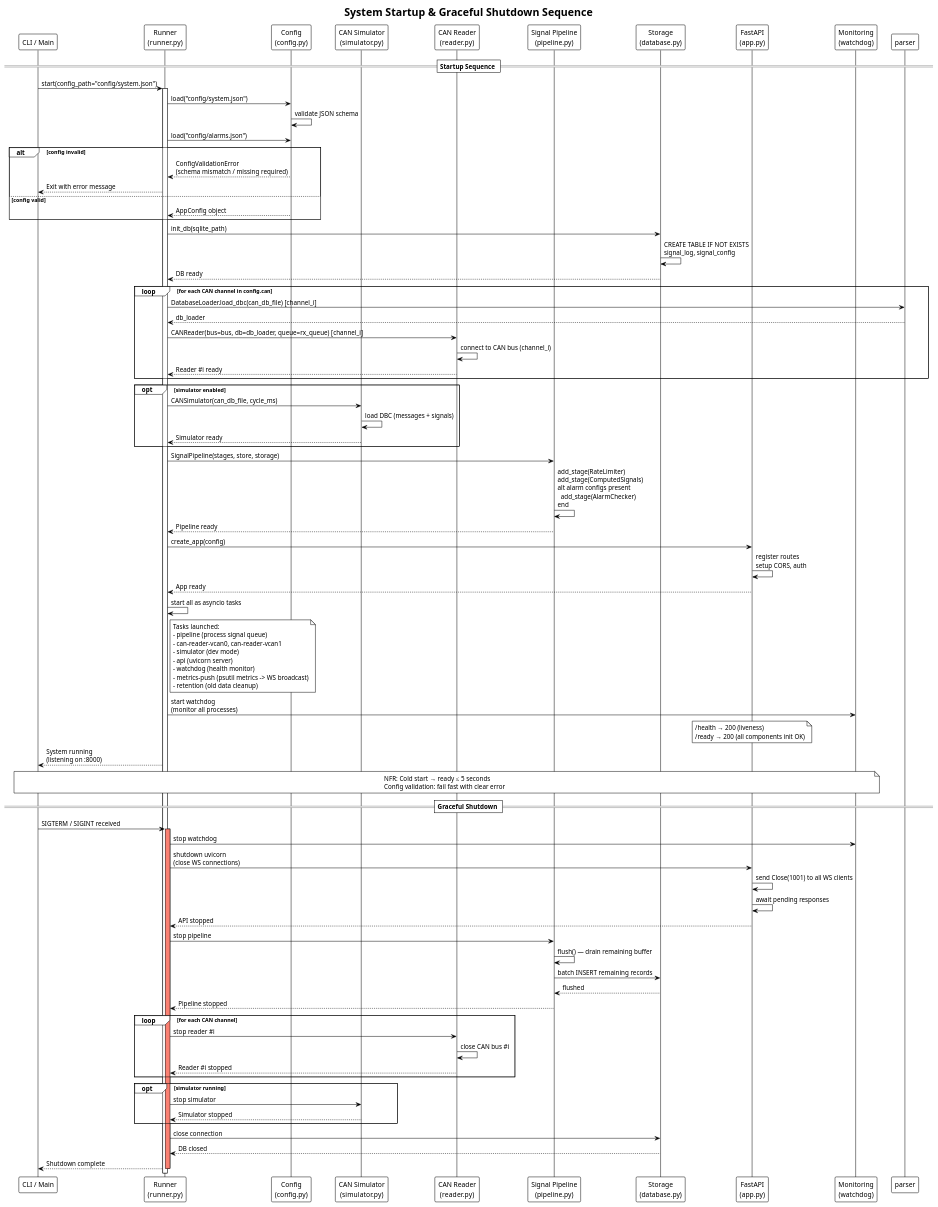
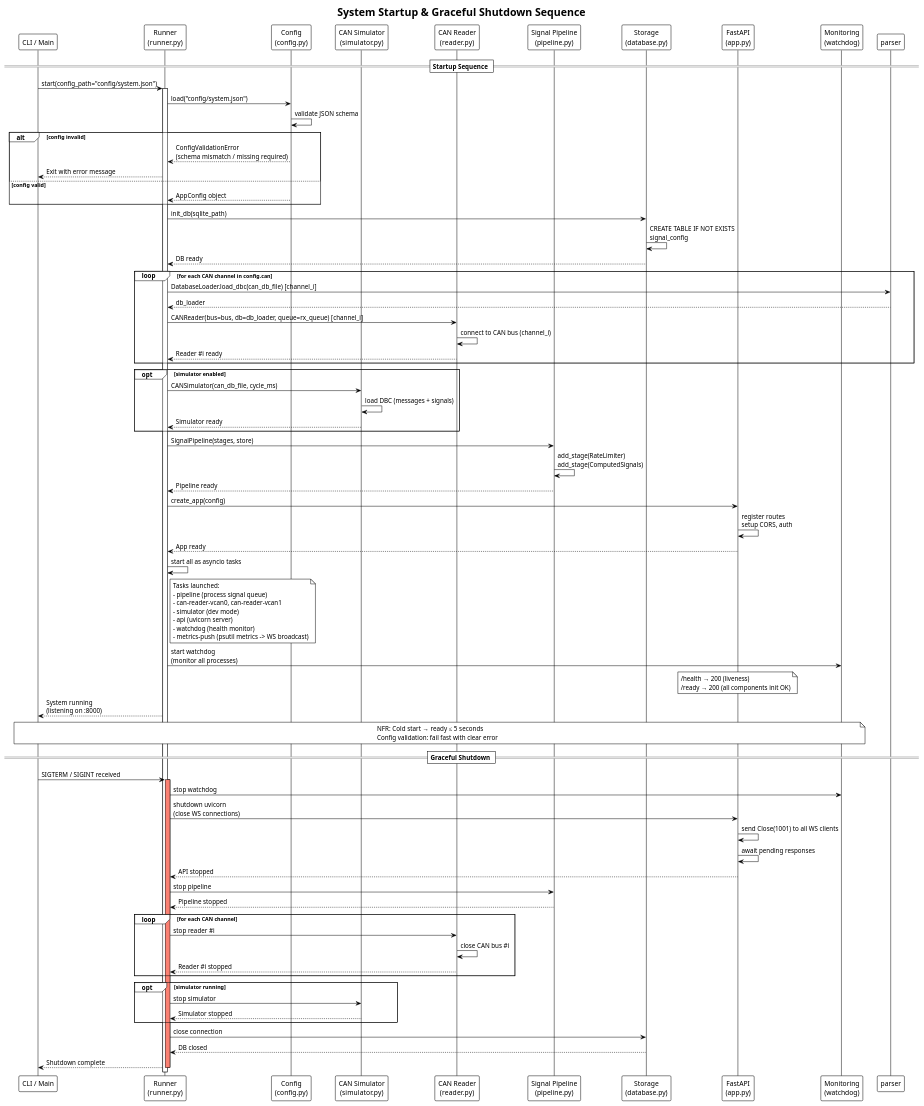
One commit to 3tdn/car-hmi changed the diagram in diagram/13_sequence_startup_shutdown.puml. Above: the diagram before and after it, drawn with PlantUML. The commit also changed 58 other files, not shown here.

```diff
--- a/diagram/13_sequence_startup_shutdown.puml
+++ b/diagram/13_sequence_startup_shutdown.puml
@@ -1,111 +1,106 @@
 @startuml Sequence - System Startup
 !theme plain
 title System Startup & Graceful Shutdown Sequence
 
 participant "CLI / Main" as cli
 participant "Runner\n(runner.py)" as runner
 participant "Config\n(config.py)" as config
 participant "CAN Simulator\n(simulator.py)" as sim
 participant "CAN Reader\n(reader.py)" as reader
 participant "Signal Pipeline\n(pipeline.py)" as pipe
 participant "Storage\n(database.py)" as db
 participant "FastAPI\n(app.py)" as api
 participant "Monitoring\n(watchdog)" as mon
 
 == Startup Sequence ==
 
 cli -> runner : start(config_path="config/system.json")
 activate runner
 
 runner -> config : load("config/system.json")
 config -> config : validate JSON schema
-runner -> config : load("config/alarms.json")
 alt config invalid
     config --> runner : ConfigValidationError\n(schema mismatch / missing required)
     runner --> cli : Exit with error message
 else config valid
     config --> runner : AppConfig object
 end
 
 runner -> db : init_db(sqlite_path)
-db -> db : CREATE TABLE IF NOT EXISTS\nsignal_log, signal_config
+db -> db : CREATE TABLE IF NOT EXISTS\nsignal_config
 db --> runner : DB ready
 
 loop for each CAN channel in config.can
     runner -> parser : DatabaseLoader.load_dbc(can_db_file) [channel_i]
     parser --> runner : db_loader
     runner -> reader : CANReader(bus=bus, db=db_loader, queue=rx_queue) [channel_i]
     reader -> reader : connect to CAN bus (channel_i)
     reader --> runner : Reader #i ready
 end
 
 opt simulator enabled
     runner -> sim : CANSimulator(can_db_file, cycle_ms)
     sim -> sim : load DBC (messages + signals)
     sim --> runner : Simulator ready
 end
 
-runner -> pipe : SignalPipeline(stages, store, storage)
-pipe -> pipe : add_stage(RateLimiter)\nadd_stage(ComputedSignals)\nalt alarm configs present\n  add_stage(AlarmChecker)\nend
+runner -> pipe : SignalPipeline(stages, store)
+pipe -> pipe : add_stage(RateLimiter)\nadd_stage(ComputedSignals)
 pipe --> runner : Pipeline ready
 
 runner -> api : create_app(config)
 api -> api : register routes\nsetup CORS, auth
 api --> runner : App ready
 
 runner -> runner : start all as asyncio tasks
 note right of runner
   Tasks launched:
   - pipeline (process signal queue)
   - can-reader-vcan0, can-reader-vcan1
   - simulator (dev mode)
   - api (uvicorn server)
   - watchdog (health monitor)
   - metrics-push (psutil metrics -> WS broadcast)
-  - retention (old data cleanup)
 end note
 runner -> mon : start watchdog\n(monitor all processes)
 
 note over api : /health → 200 (liveness)\n/ready → 200 (all components init OK)
 runner --> cli : System running\n(listening on :8000)
 
 note over cli, mon
   NFR: Cold start → ready ≤ 5 seconds
   Config validation: fail fast with clear error
 end note
 
 == Graceful Shutdown ==
 
 cli -> runner : SIGTERM / SIGINT received
 activate runner #salmon
 
 runner -> mon : stop watchdog
 runner -> api : shutdown uvicorn\n(close WS connections)
 api -> api : send Close(1001) to all WS clients
 api -> api : await pending responses
 api --> runner : API stopped
 
 runner -> pipe : stop pipeline
-pipe -> pipe : flush() — drain remaining buffer
-pipe -> db : batch INSERT remaining records
-db --> pipe : flushed
 pipe --> runner : Pipeline stopped
 
 loop for each CAN channel
     runner -> reader : stop reader #i
     reader -> reader : close CAN bus #i
     reader --> runner : Reader #i stopped
 end
 
 opt simulator running
     runner -> sim : stop simulator
     sim --> runner : Simulator stopped
 end
 
 runner -> db : close connection
 db --> runner : DB closed
 
 runner --> cli : Shutdown complete
 deactivate runner
 
 @enduml
```
